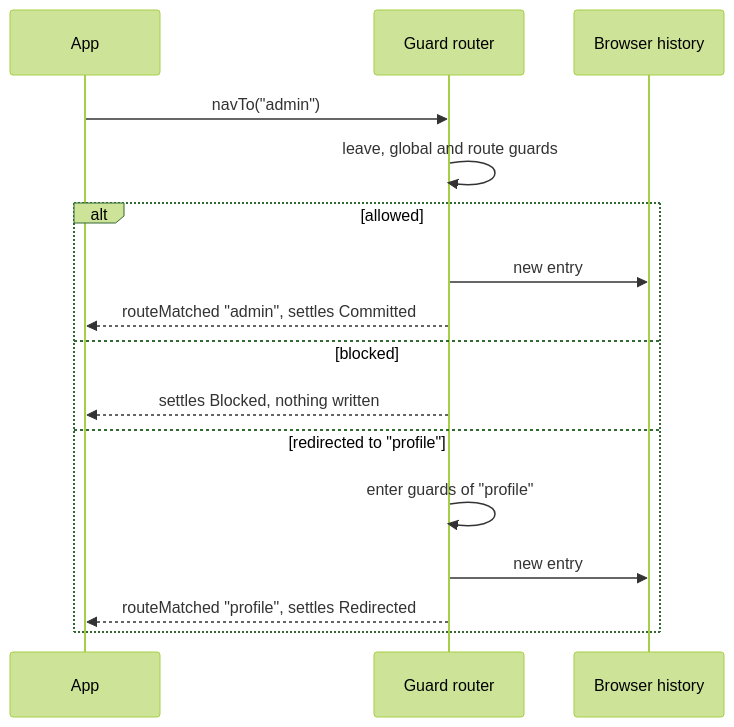
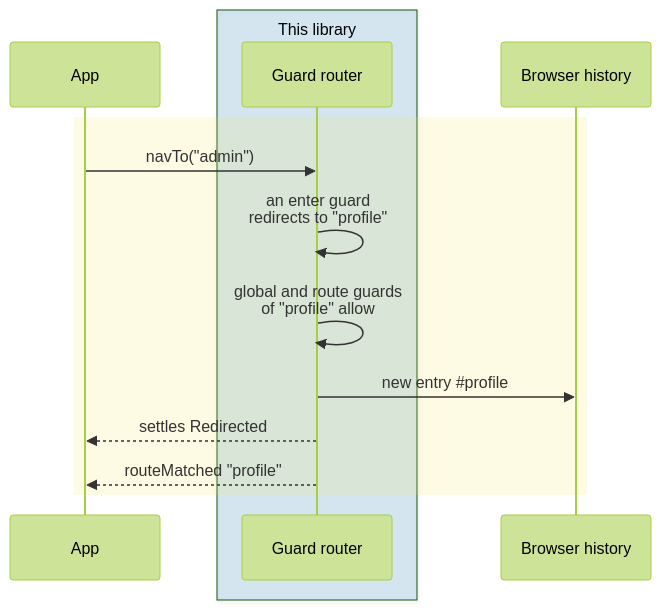
One commit to wridgeu/ui5-lib-guard-router changed the sixth of 9 diagrams in packages/lib/README.md. Above: the diagram before and after it, drawn with Mermaid (forest theme). The commit also changed other lines of this file and 202 other files, not shown here.

First line of the commit message:
fix: audit findings in router, demo app, tooling and docs (#72)

````diff
--- a/packages/lib/README.md
+++ b/packages/lib/README.md
@@ -1088,18 +1050,16 @@
 ```mermaid
 sequenceDiagram
     participant App
-    participant Router as Guard router
+    box rgba(0, 114, 178, 0.15) This library
+        participant Router as Guard router
+    end
     participant History as Browser history
-    App->>Router: navTo("admin")
-    Router->>Router: leave, global and route guards
-    alt allowed
-        Router->>History: new entry #admin
-        Router-->>App: routeMatched "admin", settles Committed
-    else blocked
-        Router-->>App: settles Blocked, nothing written
-    else redirected to "profile"
-        Router->>Router: enter guards of "profile"
-        Router->>History: new entry #profile
-        Router-->>App: routeMatched "profile", settles Redirected
+    rect rgba(240, 228, 66, 0.15)
+        App->>Router: navTo("admin")
+        Router->>Router: an enter guard<br/>redirects to "profile"
+        Router->>Router: global and route guards<br/>of "profile" allow
+        Router->>History: new entry #35;profile
+        Router-->>App: settles Redirected
+        Router-->>App: routeMatched "profile"
     end
 ```
````
